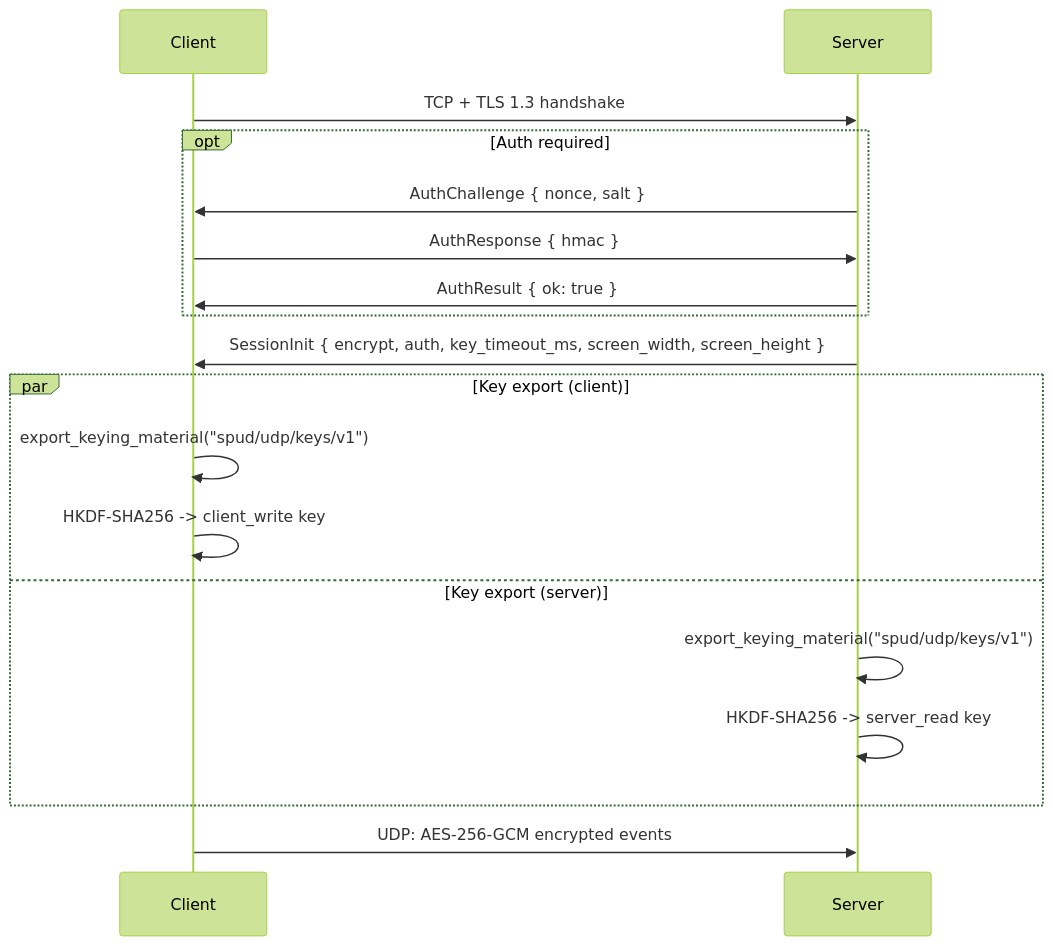
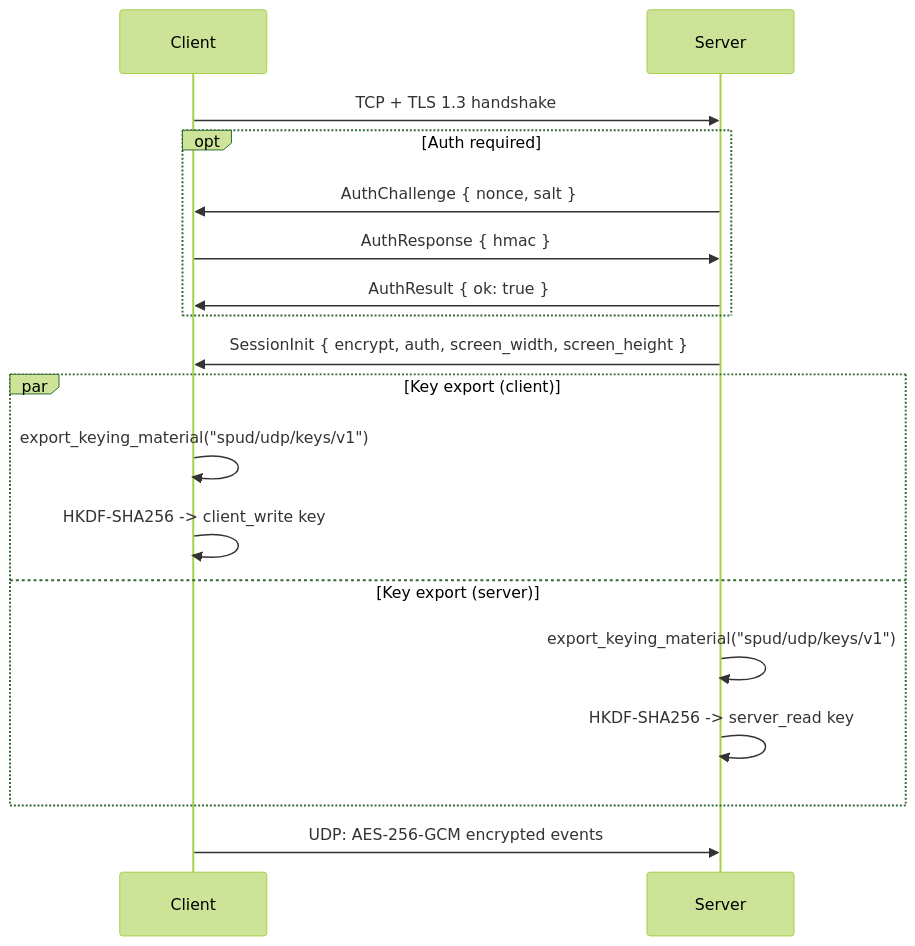
Before and after one commit to xfoa/Spud: the first of 3 diagrams in docs/encryption.md, drawn with Mermaid (forest theme). The commit also changed other lines of this file and 3 other files, not shown here.

````diff
--- a/docs/encryption.md
+++ b/docs/encryption.md
@@ -26,20 +26,20 @@
 ```mermaid
 sequenceDiagram
     participant C as Client
     participant S as Server
     C->>S: TCP + TLS 1.3 handshake
     opt Auth required
         S->>C: AuthChallenge { nonce, salt }
         C->>S: AuthResponse { hmac }
         S->>C: AuthResult { ok: true }
     end
-    S->>C: SessionInit { encrypt, auth, key_timeout_ms, screen_width, screen_height }
+    S->>C: SessionInit { encrypt, auth, screen_width, screen_height }
     par Key export (client)
         C->>C: export_keying_material("spud/udp/keys/v1")
         C->>C: HKDF-SHA256 -> client_write key
     and Key export (server)
         S->>S: export_keying_material("spud/udp/keys/v1")
         S->>S: HKDF-SHA256 -> server_read key
     end
     C->>S: UDP: AES-256-GCM encrypted events
 ```
````
